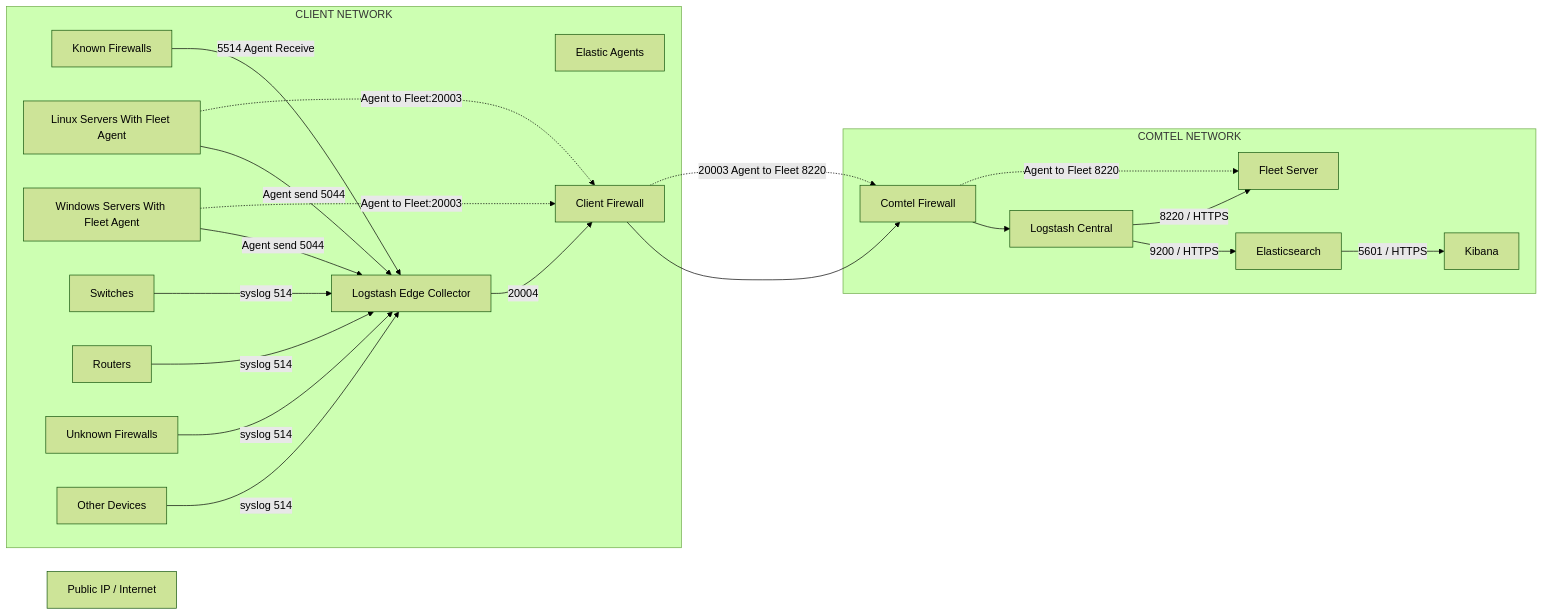
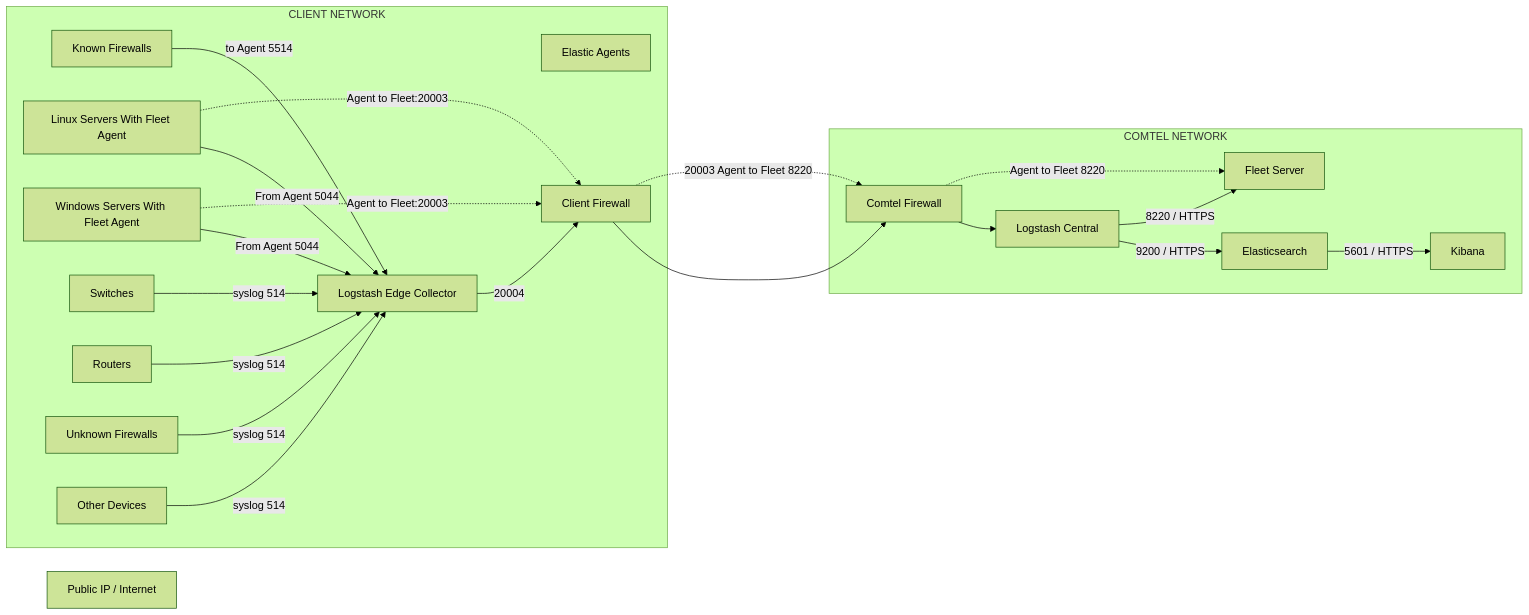
Before and after one commit to bhautik-comtel/ELK-config: the diagram in README.md, drawn with Mermaid (forest theme). The commit also changed other lines of this file, not shown here.

````diff
--- a/README.md
+++ b/README.md
@@ -20,69 +20,69 @@
 ```mermaid
 flowchart LR
 
 %% =========================
 %% CLIENT NETWORK
 %% =========================
 subgraph CLIENT["CLIENT NETWORK"]
 
     KFW["Known Firewalls"]
     LNX["Linux Servers With Fleet Agent"]
     WIN["Windows Servers With Fleet Agent"]
     SW["Switches"]
     RTR["Routers"]
     FW["Unknown Firewalls"]
     OTH["Other Devices"]
 
     AGENT["Elastic Agents"]
 
     EDGE["Logstash Edge Collector"]
 
     FW --  "syslog 514" --> EDGE
-    KFW -- "5514 Agent Receive" --> EDGE
-    LNX -- "Agent send 5044" --> EDGE
-    WIN -- "Agent send 5044" --> EDGE
+    KFW -- "to Agent 5514" --> EDGE
+    LNX -- "From Agent 5044" --> EDGE
+    WIN -- "From Agent 5044" --> EDGE
     SW --  "syslog 514" --> EDGE
     RTR -- "syslog 514" --> EDGE
     OTH -- "syslog 514" --> EDGE
 
     CFW["Client Firewall"]
 
     EDGE -- "20004" --> CFW
 end
 
 %% =========================
 %% WAN / INTERNET
 %% =========================
 
 INET["Public IP / Internet"]
 
 %% =========================
 %% COMTEL NETWORK
 %% =========================
 subgraph COMTEL["COMTEL NETWORK"]
 
     COMFW["Comtel Firewall"]
 
     CENTRAL["Logstash Central"]
 
     ES["Elasticsearch"]
 
     KB["Kibana"]
 
     FLEET["Fleet Server"]
 
     COMFW --> CENTRAL
 
     CENTRAL -- "9200 / HTTPS" --> ES
 
     ES -- "5601 / HTTPS" --> KB
 
     CENTRAL -- "8220 / HTTPS" --> FLEET
 end
 
 CFW --> COMFW
 
-WIN -.      "Agent to Fleet:20003" .-> CFW
+WIN -. "Agent to Fleet:20003" .-> CFW
 LNX -. "Agent to Fleet:20003" .-> CFW
 CFW -. "20003 Agent to Fleet 8220" .-> COMFW -."Agent to Fleet 8220".-> FLEET
 ```
````
